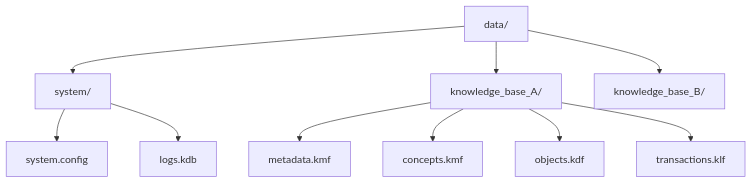
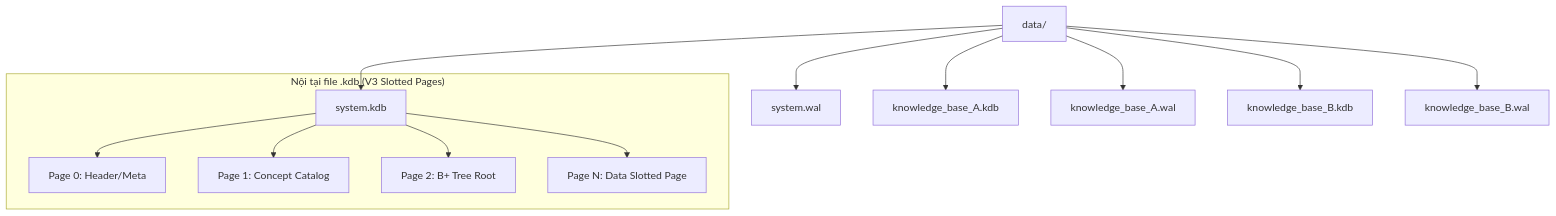
Before and after one commit to tranphat1506/KBMS: the diagram in docs/assets/diagrams/directory_tree.mmd, drawn with Mermaid. The commit also changed 115 other files, not shown here.

```diff
--- a/docs/assets/diagrams/directory_tree.mmd
+++ b/docs/assets/diagrams/directory_tree.mmd
@@ -1,12 +1,14 @@
 graph TD
-    DataDir[data/] --> System[system/]
-    DataDir --> UserKB1[knowledge_base_A/]
-    DataDir --> UserKB2[knowledge_base_B/]
+    DataDir[data/] --> System[system.kdb]
+    DataDir --> SystemWAL[system.wal]
+    DataDir --> UserKDB1[knowledge_base_A.kdb]
+    DataDir --> UserWAL1[knowledge_base_A.wal]
+    DataDir --> UserKDB2[knowledge_base_B.kdb]
+    DataDir --> UserWAL2[knowledge_base_B.wal]
     
-    System --> SysConf[system.config]
-    System --> SysLogs[logs.kdb]
-    
-    UserKB1 --> Meta[metadata.kmf]
-    UserKB1 --> Concepts[concepts.kmf]
-    UserKB1 --> Objects[objects.kdf]
-    UserKB1 --> WAL[transactions.klf]
+    subgraph "Nội tại file .kdb (V3 Slotted Pages)"
+        System --> P0[Page 0: Header/Meta]
+        System --> P1[Page 1: Concept Catalog]
+        System --> P2[Page 2: B+ Tree Root]
+        System --> PN[Page N: Data Slotted Page]
+    end
```
